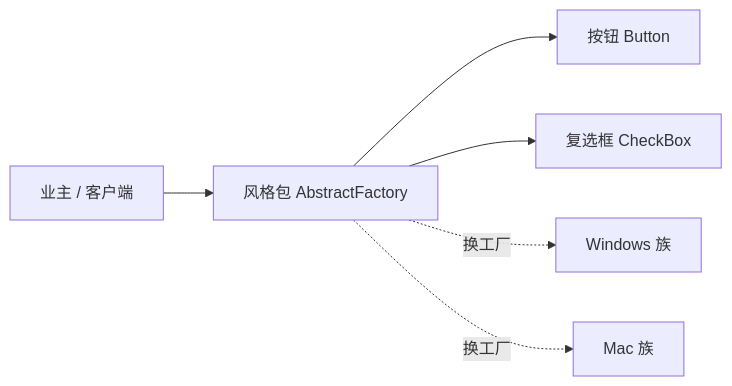
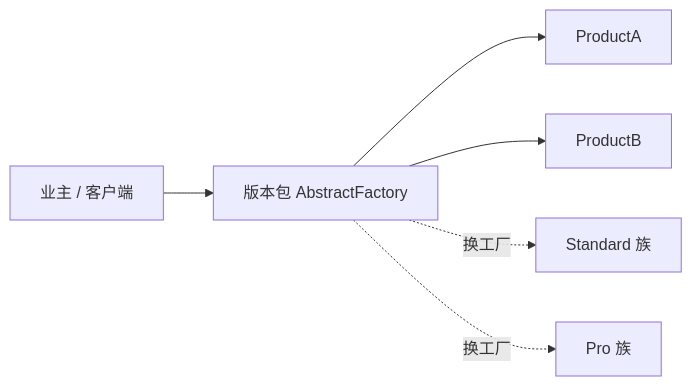
The first of 9 diagrams in docs/creational/abstract_factory.md (zackdlut/design_pattern), drawn with Mermaid before and after one commit. The commit also changed other lines of this file and 12 other files, not shown here.

````diff
--- a/docs/creational/abstract_factory.md
+++ b/docs/creational/abstract_factory.md
@@ -20,8 +20,8 @@
 ```mermaid
 flowchart LR
-  C[业主 / 客户端] --> F[风格包 AbstractFactory]
-  F --> B[按钮 Button]
-  F --> X[复选框 CheckBox]
-  F -.->|换工厂| W[Windows 族]
-  F -.->|换工厂| M[Mac 族]
+  C[业主 / 客户端] --> F[版本包 AbstractFactory]
+  F --> B[ProductA]
+  F --> X[ProductB]
+  F -.->|换工厂| W[Standard 族]
+  F -.->|换工厂| M[Pro 族]
 ```
````
